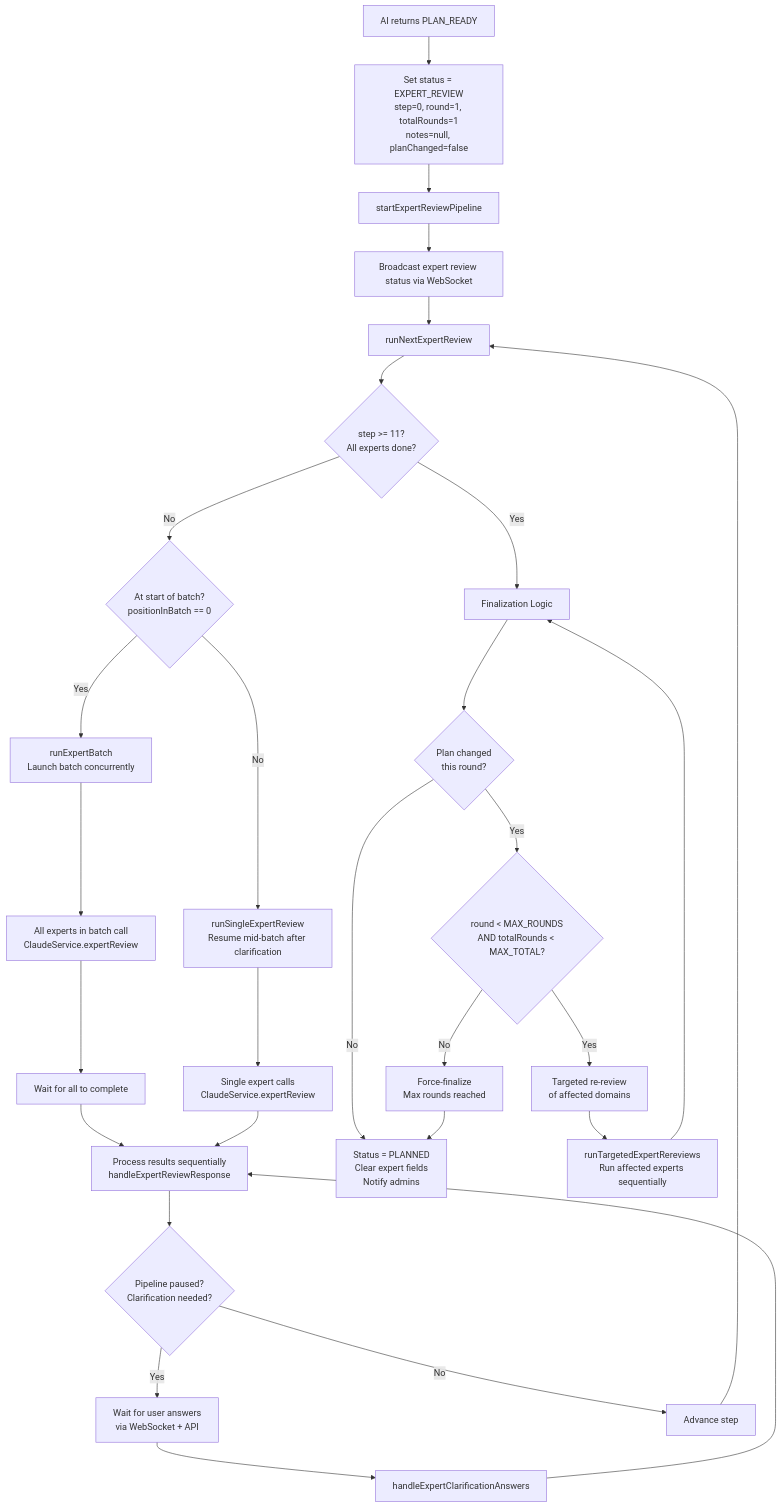
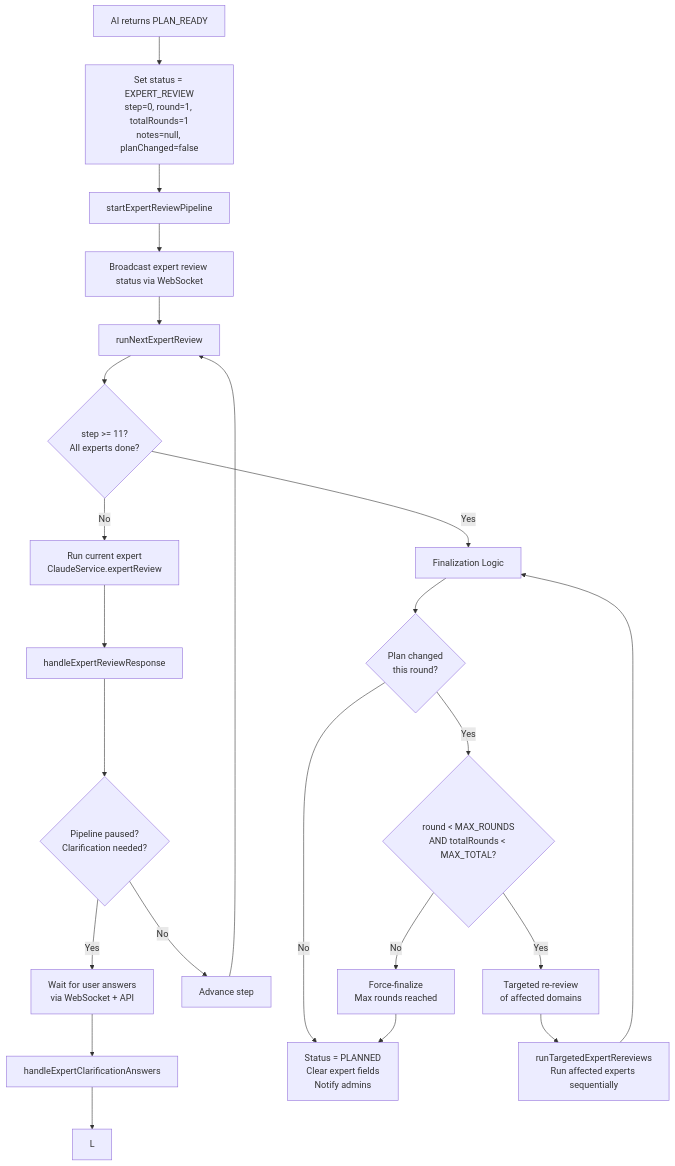
Before and after one commit to InnKeeperDevOps/site-manager: the fifth of 11 diagrams in landing_site/expert-review-flow.md, drawn with Mermaid. The commit also changed other lines of this file, not shown here.

First line of the commit message:
Update expert review documentation for sequential execution

````diff
--- a/landing_site/expert-review-flow.md
+++ b/landing_site/expert-review-flow.md
@@ -143,41 +128,33 @@
 ```mermaid
 flowchart TD
     A[AI returns PLAN_READY] --> B[Set status = EXPERT_REVIEW\nstep=0, round=1, totalRounds=1\nnotes=null, planChanged=false]
     B --> C[startExpertReviewPipeline]
     C --> D[Broadcast expert review status via WebSocket]
     D --> E[runNextExpertReview]
 
     E --> F{step >= 11?\nAll experts done?}
 
-    F -- No --> G{At start of batch?\npositionInBatch == 0}
-    G -- Yes --> H[runExpertBatch\nLaunch batch concurrently]
-    G -- No --> I[runSingleExpertReview\nResume mid-batch after clarification]
+    F -- No --> G[Run current expert\nClaudeService.expertReview]
+    G --> H[handleExpertReviewResponse]
 
-    H --> J[All experts in batch call\nClaudeService.expertReview]
-    J --> K[Wait for all to complete]
-    K --> L[Process results sequentially\nhandleExpertReviewResponse]
-
-    I --> M[Single expert calls\nClaudeService.expertReview]
-    M --> L
-
-    L --> N{Pipeline paused?\nClarification needed?}
+    H --> N{Pipeline paused?\nClarification needed?}
     N -- Yes --> O[Wait for user answers\nvia WebSocket + API]
     O --> P[handleExpertClarificationAnswers]
     P --> L
 
     N -- No --> Q[Advance step]
     Q --> E
 
     F -- Yes --> R[Finalization Logic]
     R --> S{Plan changed\nthis round?}
 
     S -- "No" --> T[Status = PLANNED\nClear expert fields\nNotify admins]
 
     S -- "Yes" --> U{round < MAX_ROUNDS\nAND totalRounds < MAX_TOTAL?}
     U -- Yes --> V[Targeted re-review\nof affected domains]
     V --> W[runTargetedExpertRereviews\nRun affected experts sequentially]
     W --> R
 
     U -- No --> X[Force-finalize\nMax rounds reached]
     X --> T
 ```
````
